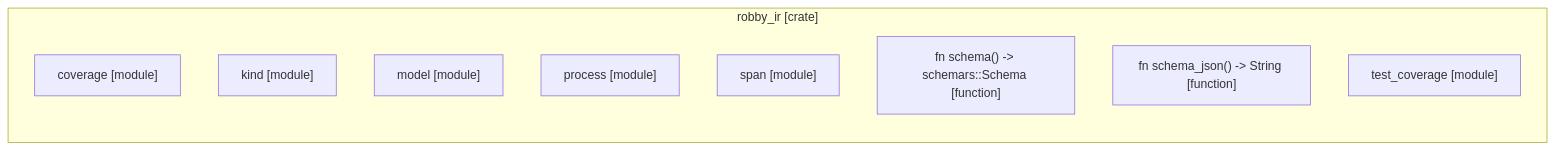
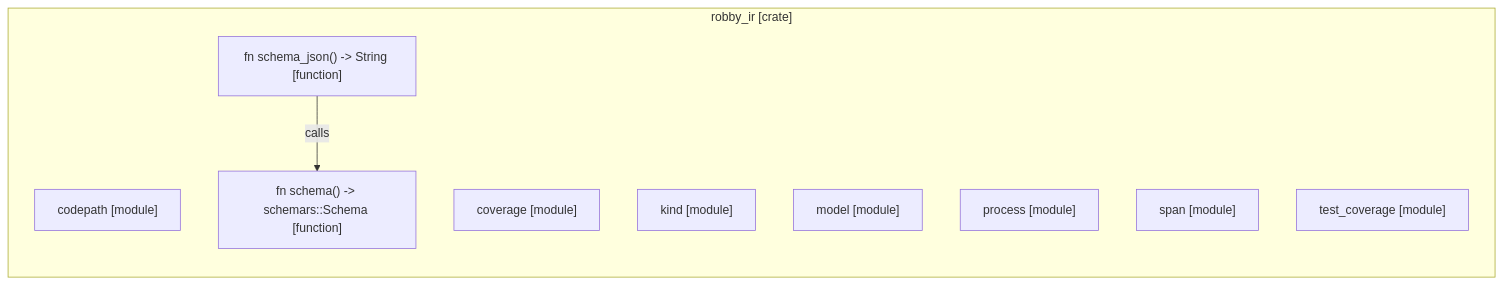
Before and after one commit to RyanGuild/self-describing-code: the diagram in .robby/diagrams/graph-rust-robby-ir.mmd, drawn with Mermaid. The commit also changed 1404 other files, not shown here.

```diff
--- a/.robby/diagrams/graph-rust-robby-ir.mmd
+++ b/.robby/diagrams/graph-rust-robby-ir.mmd
@@ -1,12 +1,14 @@
 flowchart TD
     subgraph n_356bf2c23da68961["robby_ir [crate]"]
         direction TB
+        n_c28bfd08cdfce4bf["codepath [module]"]
         n_965af55f4081b03f["coverage [module]"]
         n_611ba0cee1ac191f["kind [module]"]
         n_48c15551e2e91996["model [module]"]
         n_f5e61214f719e7ae["process [module]"]
         n_9053aa1513b08ea5["span [module]"]
         n_7f203267d92a1682["fn schema() -> schemars::Schema [function]"]
         n_ca6f58cffa1dcfd5["fn schema_json() -> String [function]"]
         n_46b0c6f667b1fb40["test_coverage [module]"]
     end
+    n_ca6f58cffa1dcfd5 -->|calls| n_7f203267d92a1682
```
